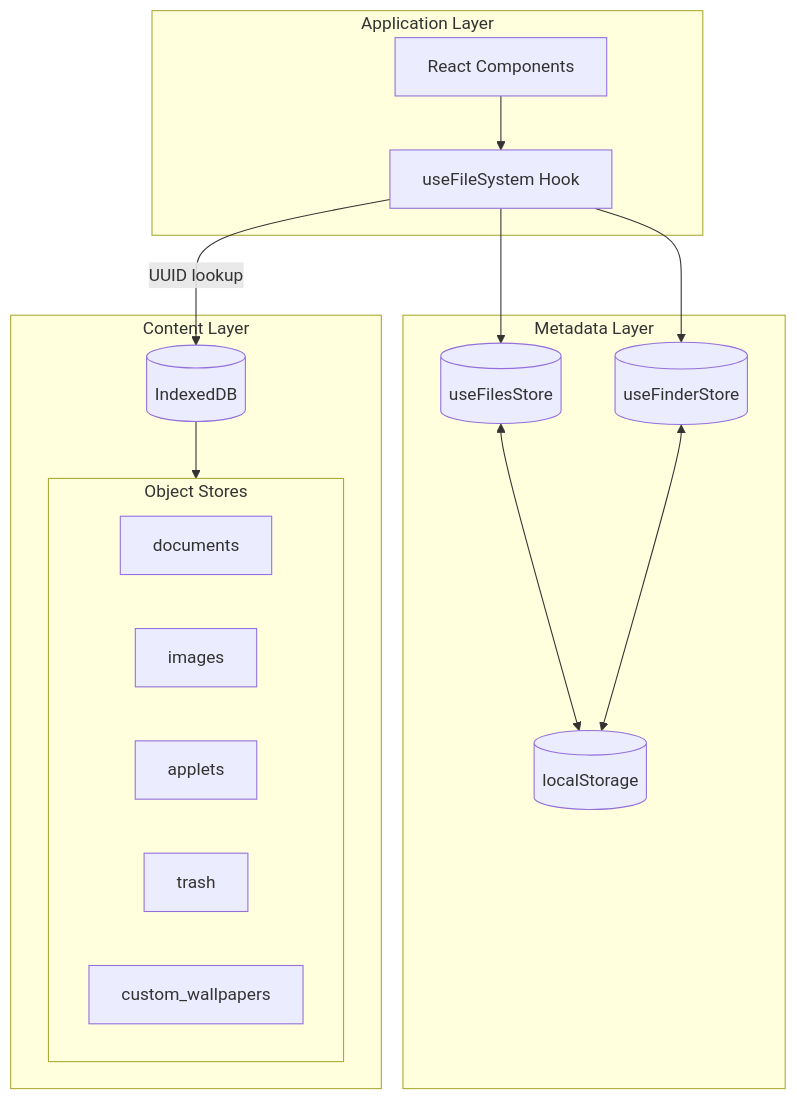
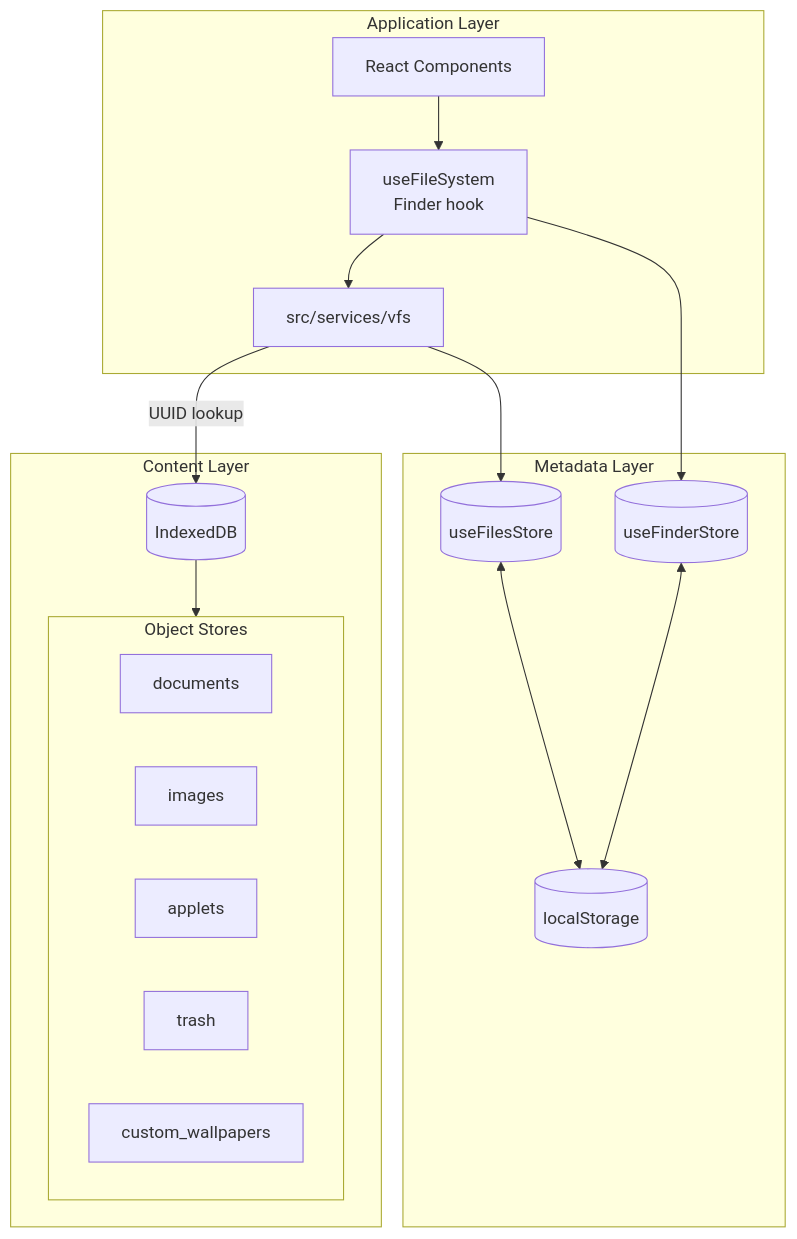
Before and after one commit to ryokun6/ryos: the first of 2 diagrams in docs/5-file-system.md, drawn with Mermaid. The commit also changed other lines of this file and 60 other files, not shown here.

````diff
--- a/docs/5-file-system.md
+++ b/docs/5-file-system.md
@@ -10,32 +11,34 @@
 ```mermaid
 graph TB
     subgraph Application["Application Layer"]
         App[React Components]
-        Hook[useFileSystem Hook]
+        Hook[useFileSystem<br/>Finder hook]
+        Service[src/services/vfs]
     end
     
     subgraph Metadata["Metadata Layer"]
         FilesStore[(useFilesStore)]
         FinderStore[(useFinderStore)]
         LocalStorage[(localStorage)]
     end
     
     subgraph Content["Content Layer"]
         IDB[(IndexedDB)]
         subgraph Stores["Object Stores"]
             Docs[documents]
             Imgs[images]
             Apps[applets]
             Trash[trash]
             Wall[custom_wallpapers]
         end
     end
     
     App --> Hook
-    Hook --> FilesStore
+    Hook --> Service
+    Service --> FilesStore
     Hook --> FinderStore
     FilesStore <--> LocalStorage
     FinderStore <--> LocalStorage
-    Hook -->|"UUID lookup"| IDB
+    Service -->|"UUID lookup"| IDB
     IDB --> Stores
 ```
````
